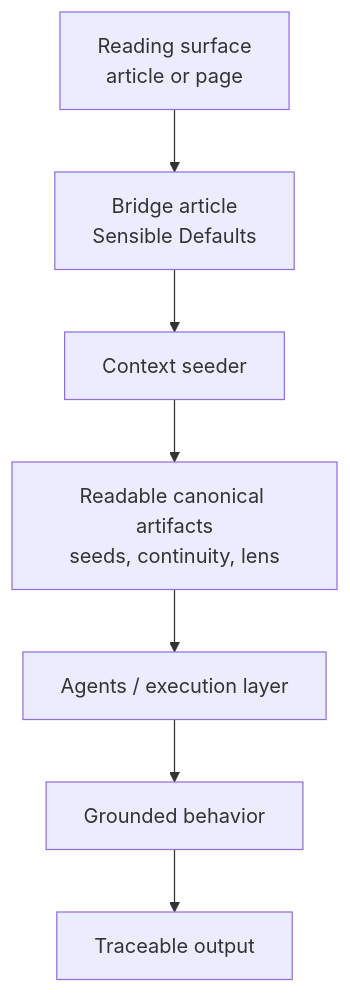
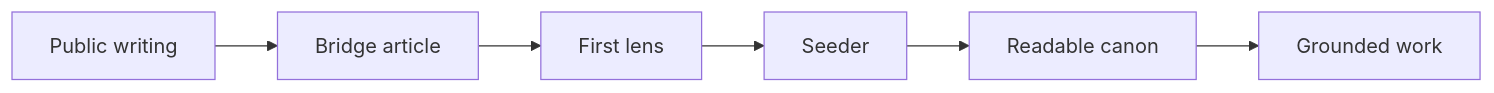
Before and after one commit to Mikeys-Tech-Lab/poc: the diagram in apps/site/src/content/docs/en-us/about/architecture.mdx, drawn with Mermaid. The commit also changed other lines of this file and 17 other files, not shown here.

````diff
--- a/apps/site/src/content/docs/en-us/about/architecture.mdx
+++ b/apps/site/src/content/docs/en-us/about/architecture.mdx
@@ -54,12 +37,11 @@
 ```mermaid
-flowchart TD
-    A["Reading surface<br/>article or page"]
-    B["Bridge article<br/>Sensible Defaults"]
-    C["Context seeder"]
-    D["Readable canonical artifacts<br/>seeds, continuity, lens"]
-    E["Agents / execution layer"]
-    F["Grounded behavior"]
-    G["Traceable output"]
+flowchart LR
+    A["Public writing"]
+    B["Bridge article"]
+    C["First lens"]
+    D["Seeder"]
+    E["Readable canon"]
+    F["Grounded work"]
 
-    A --> B --> C --> D --> E --> F --> G
+    A --> B --> C --> D --> E --> F
 ```
````
